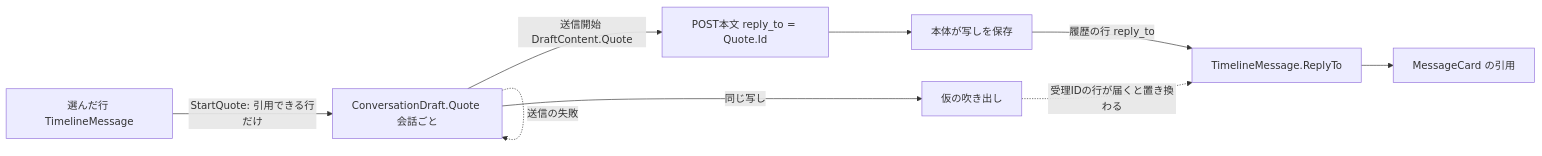
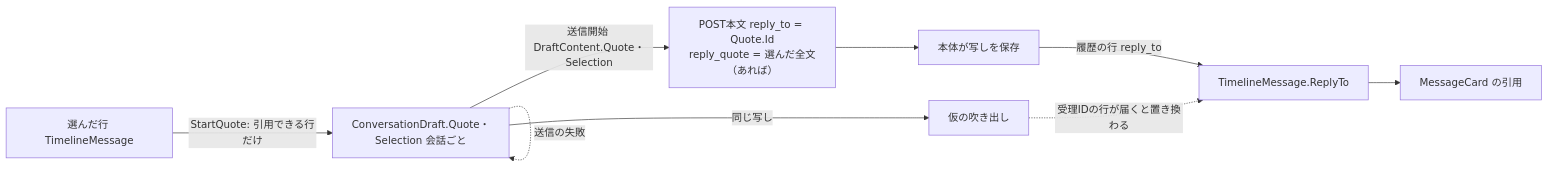
One commit to kitepon/BellTeam changed the sixth of 7 diagrams in docs/windows-architecture.md. Above: the diagram before and after it, drawn with Mermaid. The commit also changed other lines of this file and 11 other files, not shown here.

First line of the commit message:
Windows+Core: reply to a chosen message and to a selected part (a272-core-anis, a271)

````diff
--- a/docs/windows-architecture.md
+++ b/docs/windows-architecture.md
@@ -219,11 +219,11 @@
 ```mermaid
 flowchart LR
-  Pick[選んだ行 TimelineMessage] -->|StartQuote: 引用できる行だけ| Draft[ConversationDraft.Quote 会話ごと]
-  Draft -->|送信開始 DraftContent.Quote| Body[POST本文 reply_to = Quote.Id]
+  Pick[選んだ行 TimelineMessage] -->|StartQuote: 引用できる行だけ| Draft[ConversationDraft.Quote・Selection 会話ごと]
+  Draft -->|送信開始 DraftContent.Quote・Selection| Body[POST本文 reply_to = Quote.Id<br/>reply_quote = 選んだ全文（あれば）]
   Draft -->|同じ写し| Echo[仮の吹き出し]
   Body --> Server[本体が写しを保存]
   Server -->|履歴の行 reply_to| Row[TimelineMessage.ReplyTo]
   Row --> Card[MessageCard の引用]
   Echo -.->|受理IDの行が届くと置き換わる| Row
   Draft -.->|送信の失敗| Draft
 ```
````
